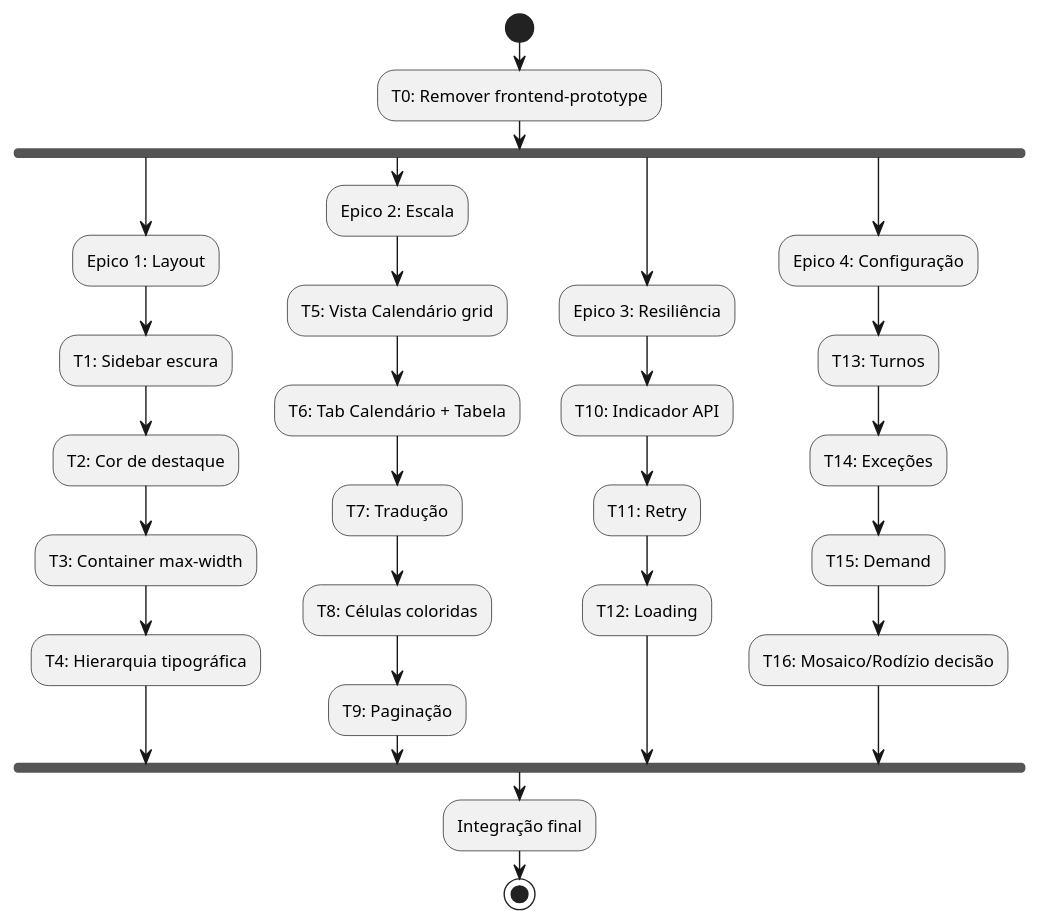
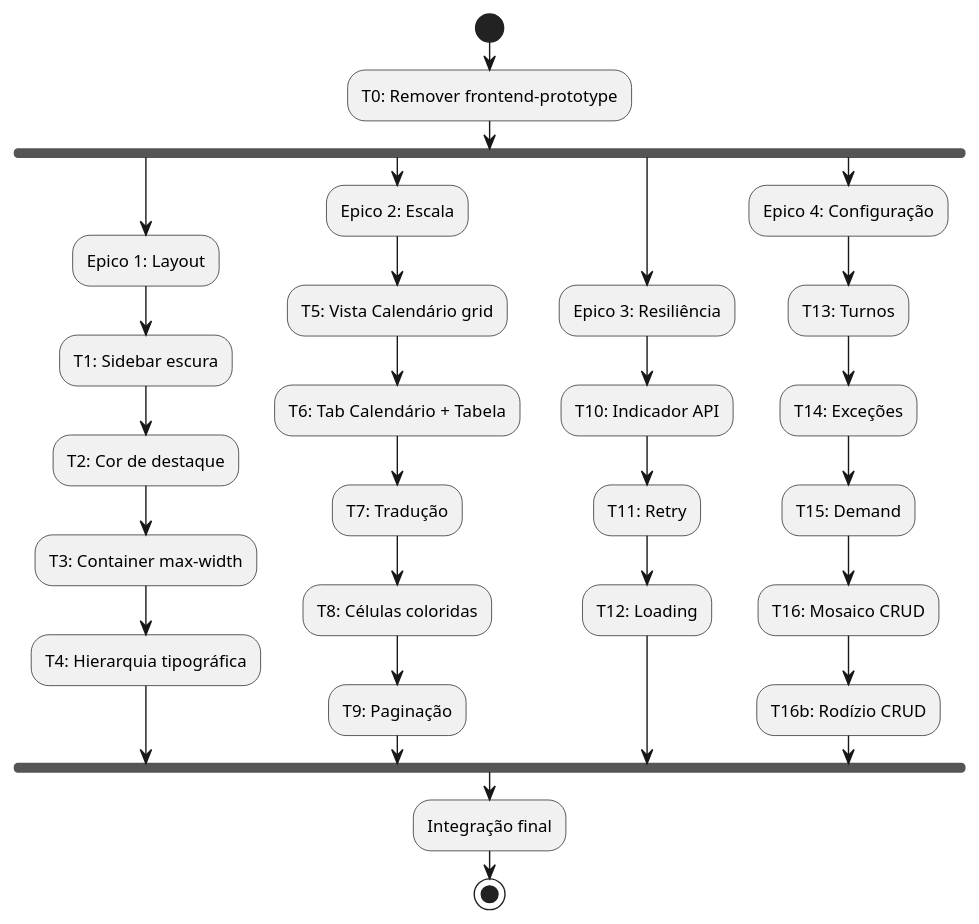
One commit to nmarcofernandess/horario changed the third of 4 diagrams in docs/WARLOG_ESCALA_CAIXA_ELECTRON.md. Above: the diagram before and after it, drawn with PlantUML. The commit also changed other lines of this file and 230 other files, not shown here.

````diff
--- a/docs/WARLOG_ESCALA_CAIXA_ELECTRON.md
+++ b/docs/WARLOG_ESCALA_CAIXA_ELECTRON.md
@@ -185,36 +219,37 @@
 ```plantuml
 @startuml
 start
 
 :T0: Remover frontend-prototype;
 
 fork
   :Epico 1: Layout;
   :T1: Sidebar escura;
   :T2: Cor de destaque;
   :T3: Container max-width;
   :T4: Hierarquia tipográfica;
 fork again
   :Epico 2: Escala;
   :T5: Vista Calendário grid;
   :T6: Tab Calendário + Tabela;
   :T7: Tradução;
   :T8: Células coloridas;
   :T9: Paginação;
 fork again
   :Epico 3: Resiliência;
   :T10: Indicador API;
   :T11: Retry;
   :T12: Loading;
 fork again
   :Epico 4: Configuração;
   :T13: Turnos;
   :T14: Exceções;
   :T15: Demand;
-  :T16: Mosaico/Rodízio decisão;
+  :T16: Mosaico CRUD;
+  :T16b: Rodízio CRUD;
 end fork
 
 :Integração final;
 stop
 @enduml
 ```
````
